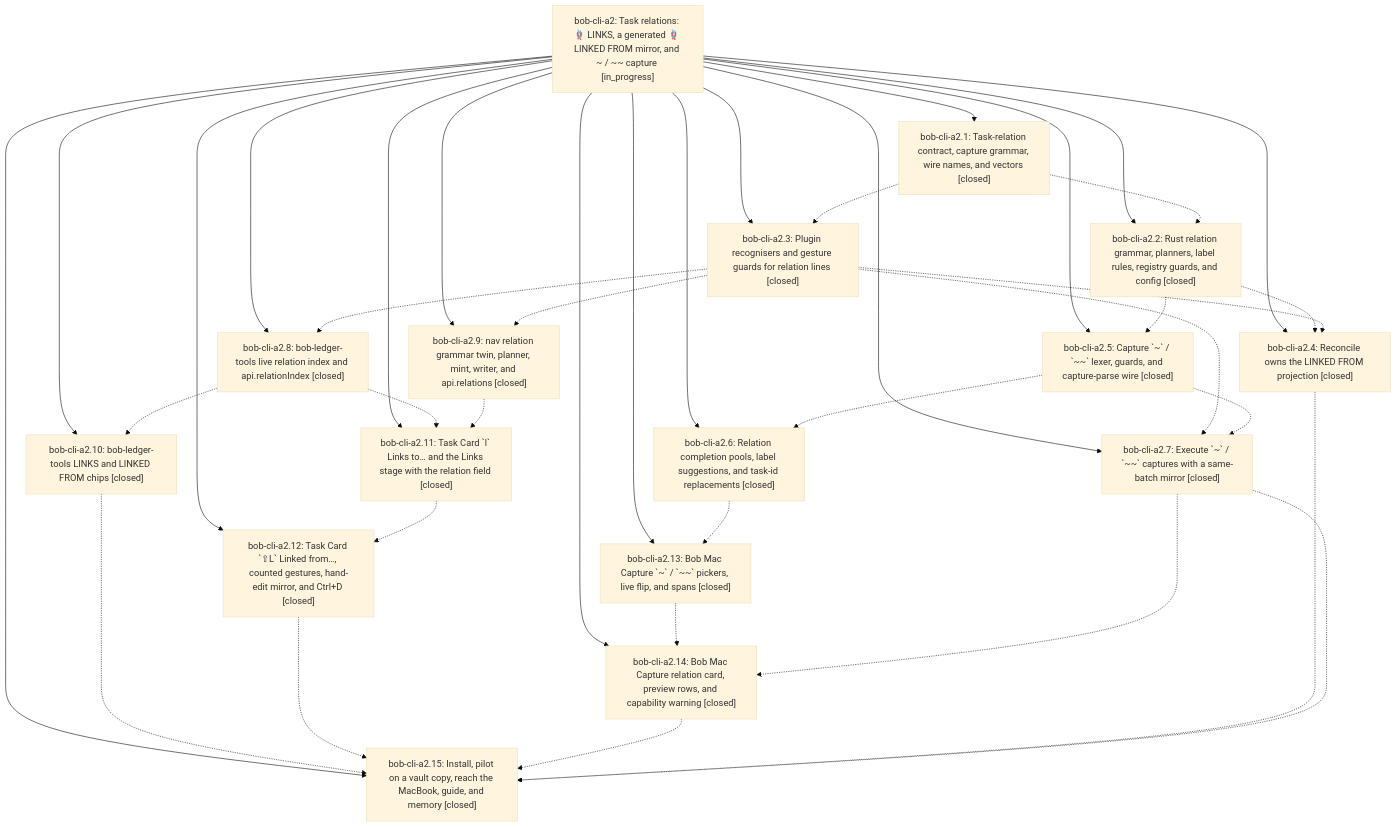
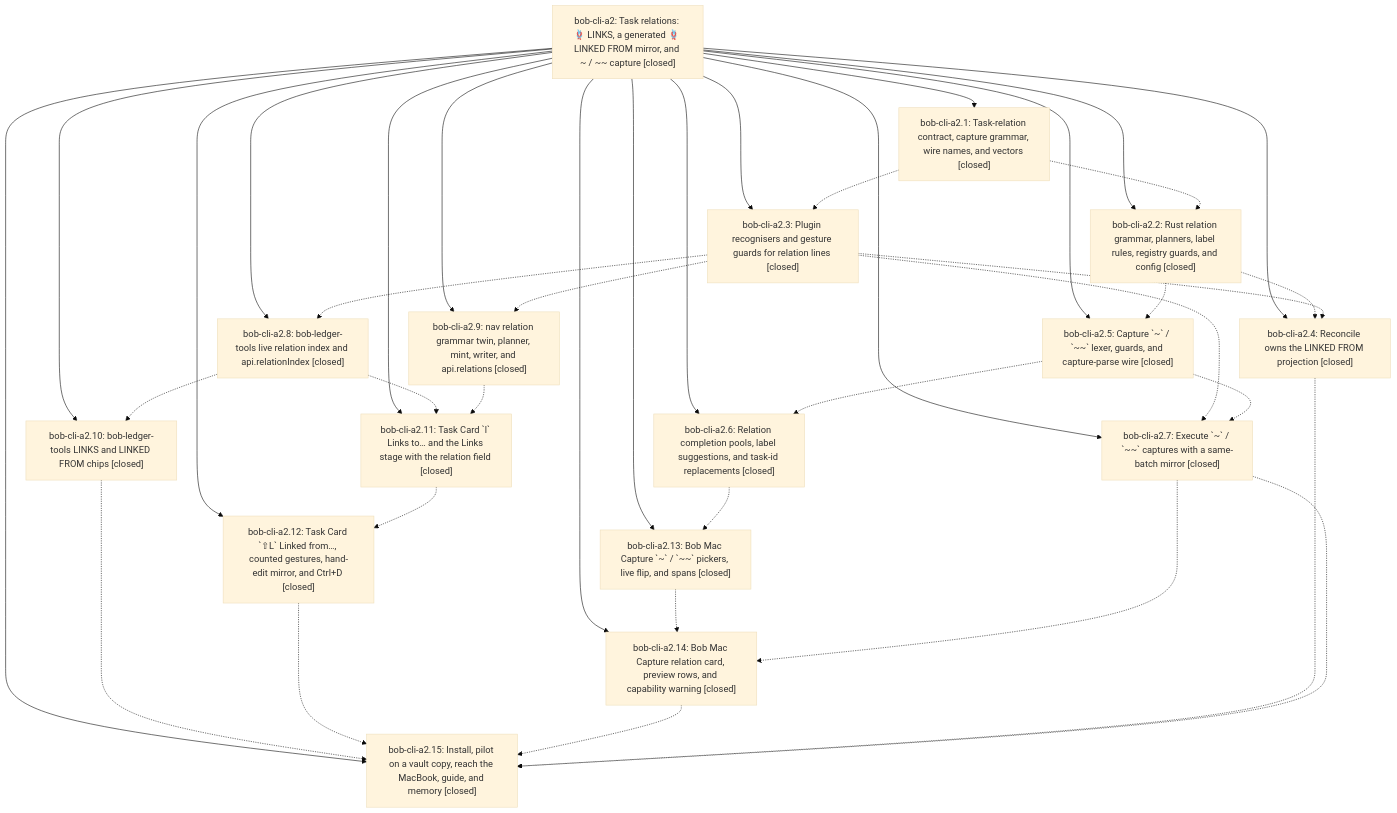
Before and after one commit to bobs-org/bob-cli--beads: the diagram in pages/bob-cli-a2/README.md, drawn with Mermaid (base theme). The commit also changed other lines of this file and 2 other files, not shown here.

First line of the commit message:
chore(beads): sync bead state and pages for bob-cli-a2

````diff
--- a/pages/bob-cli-a2/README.md
+++ b/pages/bob-cli-a2/README.md
@@ -50,56 +72,56 @@
 ```mermaid
 flowchart TD
-    n0["bob-cli-a2: Task relations: 🪢 LINKS, a generated 🪢 LINKED FROM mirror, and ~ / ~~ capture [in_progress]"]
+    n0["bob-cli-a2: Task relations: 🪢 LINKS, a generated 🪢 LINKED FROM mirror, and ~ / ~~ capture [closed]"]
     n1["bob-cli-a2.1: Task-relation contract, capture grammar, wire names, and vectors [closed]"]
     n2["bob-cli-a2.10: bob-ledger-tools LINKS and LINKED FROM chips [closed]"]
     n3["bob-cli-a2.11: Task Card `l` Links to… and the Links stage with the relation field [closed]"]
     n4["bob-cli-a2.12: Task Card `⇧L` Linked from…, counted gestures, hand-edit mirror, and Ctrl+D [closed]"]
     n5["bob-cli-a2.13: Bob Mac Capture `~` / `~~` pickers, live flip, and spans [closed]"]
     n6["bob-cli-a2.14: Bob Mac Capture relation card, preview rows, and capability warning [closed]"]
     n7["bob-cli-a2.15: Install, pilot on a vault copy, reach the MacBook, guide, and memory [closed]"]
     n8["bob-cli-a2.2: Rust relation grammar, planners, label rules, registry guards, and config [closed]"]
     n9["bob-cli-a2.3: Plugin recognisers and gesture guards for relation lines [closed]"]
     n10["bob-cli-a2.4: Reconcile owns the LINKED FROM projection [closed]"]
     n11["bob-cli-a2.5: Capture `~` / `~~` lexer, guards, and capture-parse wire [closed]"]
     n12["bob-cli-a2.6: Relation completion pools, label suggestions, and task-id replacements [closed]"]
     n13["bob-cli-a2.7: Execute `~` / `~~` captures with a same-batch mirror [closed]"]
     n14["bob-cli-a2.8: bob-ledger-tools live relation index and api.relationIndex [closed]"]
     n15["bob-cli-a2.9: nav relation grammar twin, planner, mint, writer, and api.relations [closed]"]
     n0 --> n1
     n0 --> n2
     n0 --> n3
     n0 --> n4
     n0 --> n5
     n0 --> n6
     n0 --> n7
     n0 --> n8
     n0 --> n9
     n0 --> n10
     n0 --> n11
     n0 --> n12
     n0 --> n13
     n0 --> n14
     n0 --> n15
     n1 -.-> n8
     n1 -.-> n9
     n2 -.-> n7
     n3 -.-> n4
     n4 -.-> n7
     n5 -.-> n6
     n6 -.-> n7
     n8 -.-> n10
     n8 -.-> n11
     n9 -.-> n10
     n9 -.-> n13
     n9 -.-> n14
     n9 -.-> n15
     n10 -.-> n7
     n11 -.-> n12
     n11 -.-> n13
     n12 -.-> n5
     n13 -.-> n6
     n13 -.-> n7
     n14 -.-> n2
     n14 -.-> n3
     n15 -.-> n3
 ```
````
